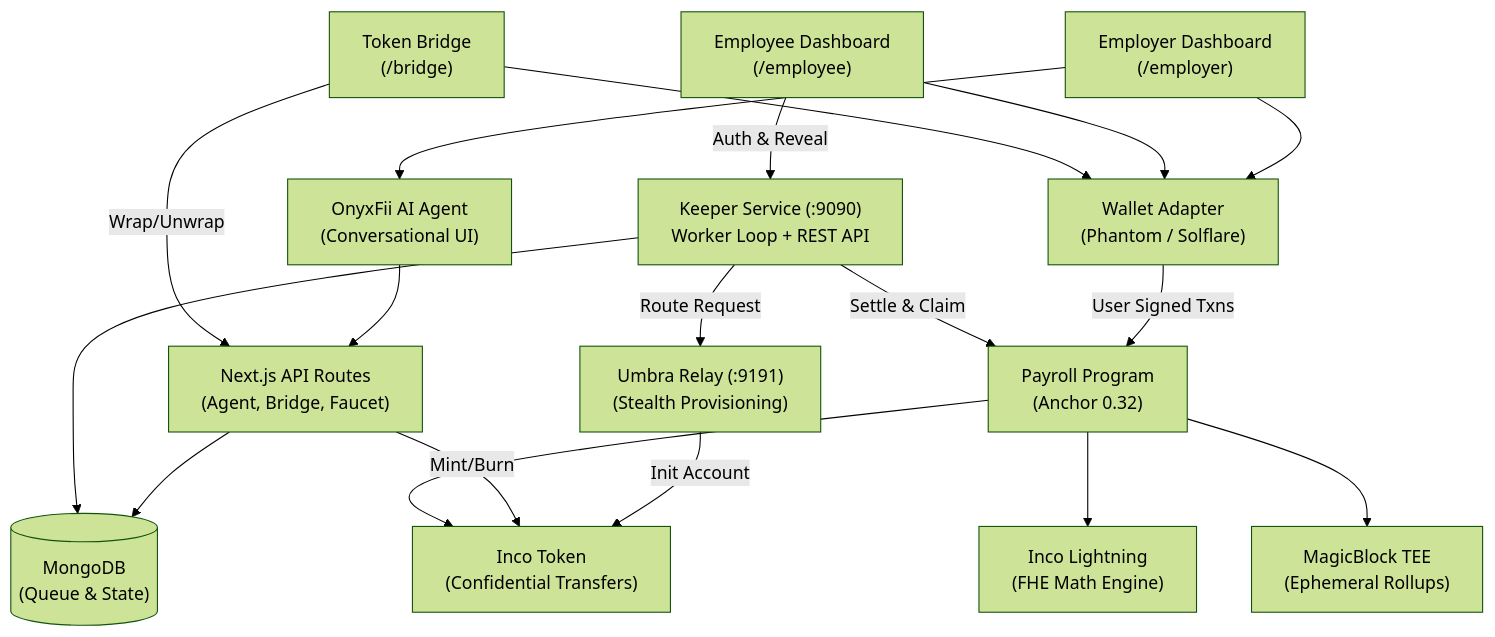
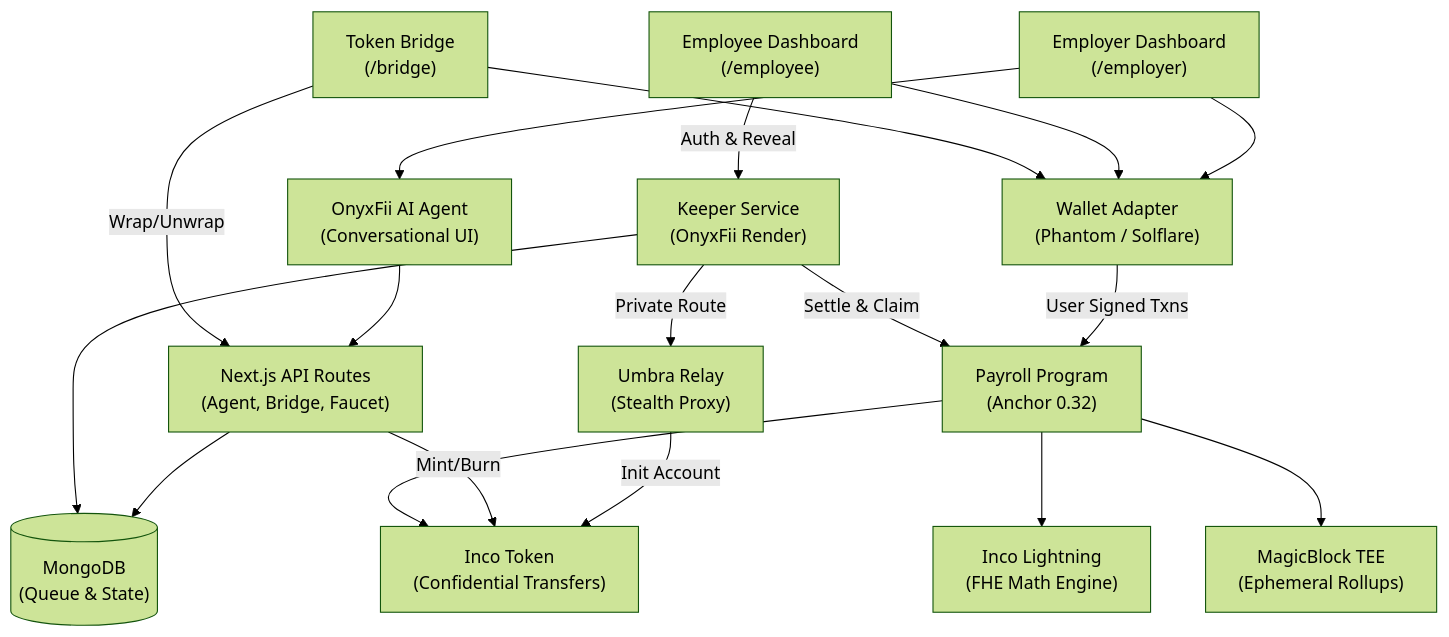
Before and after one commit to shumhn/Expensee: the first of 10 diagrams in README.md, drawn with Mermaid (forest theme). The commit also changed other lines of this file, not shown here.

````diff
--- a/README.md
+++ b/README.md
@@ -80,49 +80,49 @@
 ```mermaid
 flowchart TB
     %% 1. FRONTEND LAYER
     EMPLOYER["Employer Dashboard\n(/employer)"]
     EMPLOYEE["Employee Dashboard\n(/employee)"]
     BRIDGE_UI["Token Bridge\n(/bridge)"]
     
     %% 2. AGENT & WALLET LAYER
     AGENT["OnyxFii AI Agent\n(Conversational UI)"]
     WALLET["Wallet Adapter\n(Phantom / Solflare)"]
     
     EMPLOYER --> AGENT
     EMPLOYER --> WALLET
     EMPLOYEE --> WALLET
     BRIDGE_UI --> WALLET
 
     %% 3. API LAYER
     APIS["Next.js API Routes\n(Agent, Bridge, Faucet)"]
     AGENT --> APIS
     BRIDGE_UI -->|"Wrap/Unwrap"| APIS
     
     %% 4. BACKEND AUTOMATION LAYER
-    KEEPER["Keeper Service (:9090)\nWorker Loop + REST API"]
+    KEEPER["Keeper Service\n(OnyxFii Render)"]
     EMPLOYEE -->|"Auth & Reveal"| KEEPER
 
     %% 5. STORAGE & ROUTING LAYER
     MONGO[("MongoDB\n(Queue & State)")]
-    RELAY["Umbra Relay (:9191)\n(Stealth Provisioning)"]
+    RELAY["Umbra Relay\n(Stealth Proxy)"]
     
     APIS --> MONGO
     KEEPER --> MONGO
-    KEEPER -->|"Route Request"| RELAY
+    KEEPER -->|"Private Route"| RELAY
 
     %% 6. ON-CHAIN LAYER
     PAYROLL["Payroll Program\n(Anchor 0.32)"]
     WALLET -->|"User Signed Txns"| PAYROLL
     KEEPER -->|"Settle & Claim"| PAYROLL
 
     %% 7. PROTOCOL DEPENDENCIES
     INCO_T["Inco Token\n(Confidential Transfers)"]
     INCO_L["Inco Lightning\n(FHE Math Engine)"]
     MAGIC["MagicBlock TEE\n(Ephemeral Rollups)"]
 
     RELAY -->|"Init Account"| INCO_T
     APIS -->|"Mint/Burn"| INCO_T
     PAYROLL --> INCO_T
     PAYROLL --> INCO_L
     PAYROLL --> MAGIC
 ```
````
